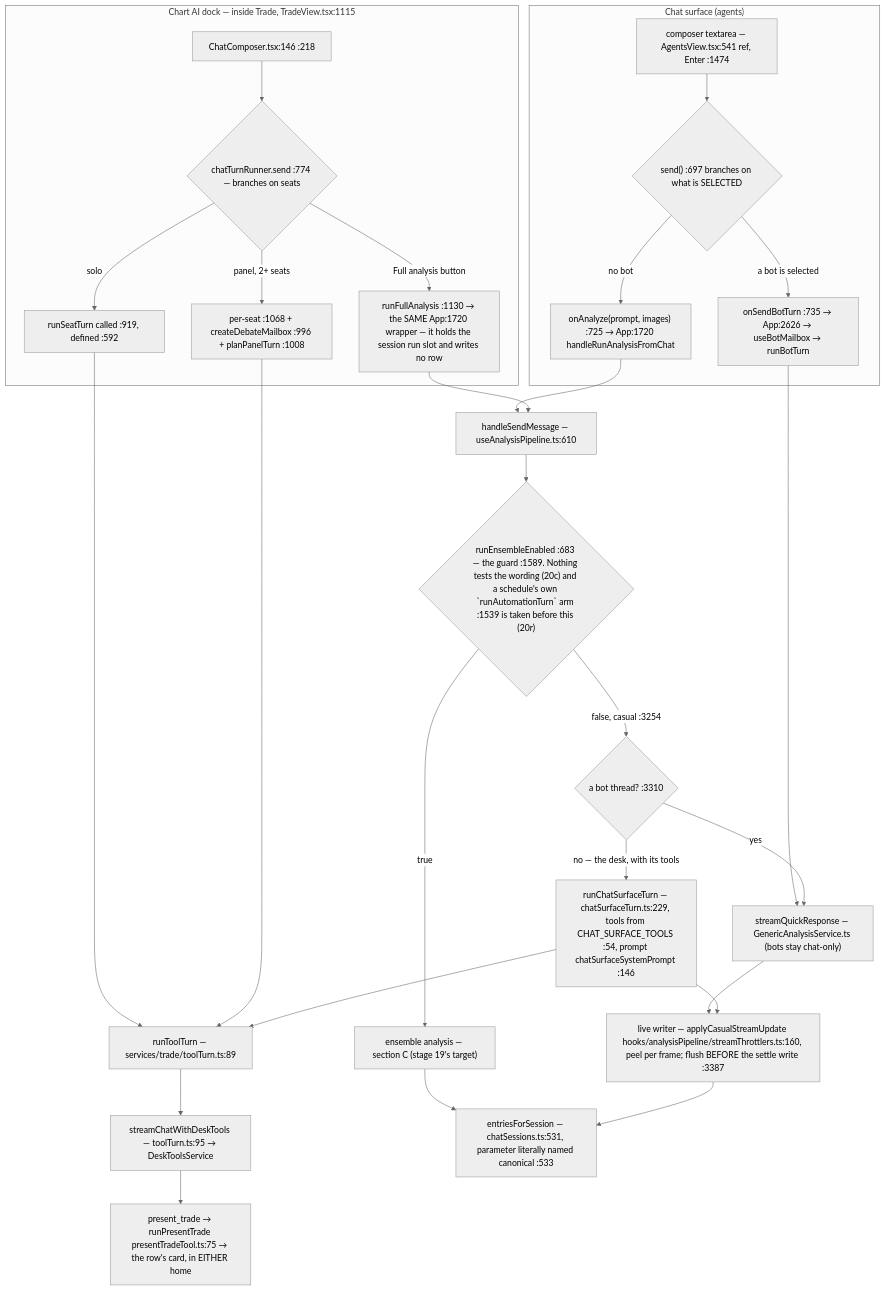
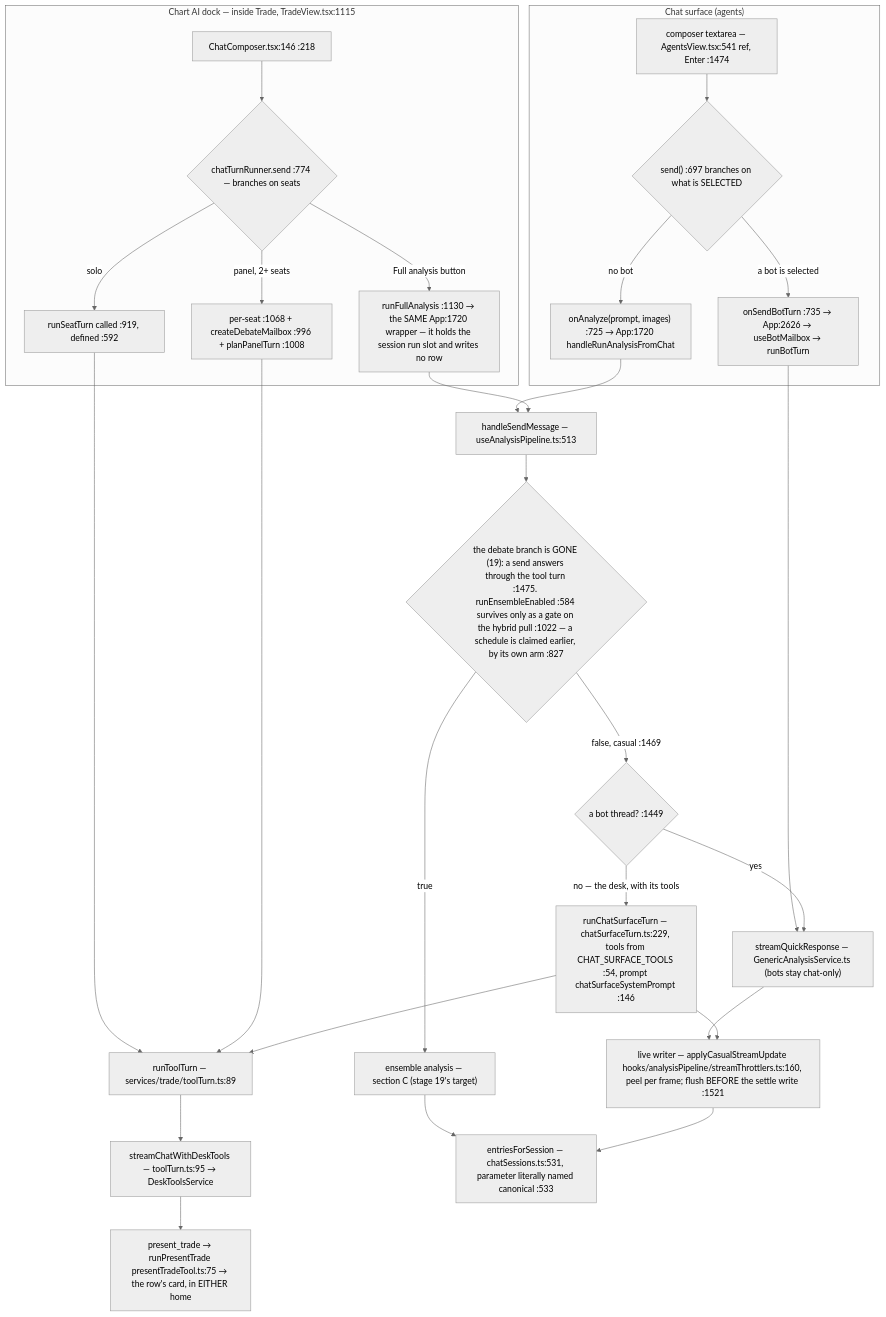
One commit to Acepay25/august-3.5 changed the second of 7 diagrams in docs/app-flow.md. Above: the diagram before and after it, drawn with Mermaid (neutral theme). The commit also changed other lines of this file and 5 other files, not shown here.

First line of the commit message:
refactor(pipeline): stage 19 tranche 1 — the debate branch is out of the send path

````diff
--- a/docs/app-flow.md
+++ b/docs/app-flow.md
@@ -50,31 +50,31 @@
 ```mermaid
 flowchart TD
     subgraph CHAT["Chat surface (agents)"]
         CB["composer textarea — AgentsView.tsx:541 ref, Enter :1474"] --> D1{"send() :697 branches on what is SELECTED"}
         D1 -->|a bot is selected| BOT["onSendBotTurn :735 → App:2626 → useBotMailbox → runBotTurn"]
         D1 -->|no bot| AN["onAnalyze(prompt, images) :725 → App:1720 handleRunAnalysisFromChat"]
     end
     subgraph DOCK["Chart AI dock — inside Trade, TradeView.tsx:1115"]
         DC["ChatComposer.tsx:146 :218"] --> D2{"chatTurnRunner.send :774 — branches on seats"}
         D2 -->|solo| SO["runSeatTurn called :919, defined :592"]
         D2 -->|panel, 2+ seats| PN["per-seat :1068 + createDebateMailbox :996 + planPanelTurn :1008"]
         D2 -->|Full analysis button| FA["runFullAnalysis :1130 → the SAME App:1720 wrapper — it holds the session run slot and writes no row"]
     end
     SO --> TT["runToolTurn — services/trade/toolTurn.ts:89"]
     PN --> TT
     TT --> SCDT["streamChatWithDeskTools — toolTurn.ts:95 → DeskToolsService"]
     BOT --> TR["streamQuickResponse — GenericAnalysisService.ts (bots stay chat-only)"]
-    AN --> HSM["handleSendMessage — useAnalysisPipeline.ts:610"]
+    AN --> HSM["handleSendMessage — useAnalysisPipeline.ts:513"]
     FA --> HSM
-    HSM --> D3{"runEnsembleEnabled :683 — the guard :1589. Nothing tests the wording (20c) and a schedule's own `runAutomationTurn` arm :1539 is taken before this (20r)"}
+    HSM --> D3{"the debate branch is GONE (19): a send answers through the tool turn :1475. runEnsembleEnabled :584 survives only as a gate on the hybrid pull :1022 — a schedule is claimed earlier, by its own arm :827"}
     D3 -->|true| ENS["ensemble analysis — section C (stage 19's target)"]
-    D3 -->|false, casual :3254| SPLIT{"a bot thread? :3310"}
+    D3 -->|false, casual :1469| SPLIT{"a bot thread? :1449"}
     SPLIT -->|yes| TR
     SPLIT -->|no — the desk, with its tools| CST["runChatSurfaceTurn — chatSurfaceTurn.ts:229, tools from CHAT_SURFACE_TOOLS :54, prompt chatSurfaceSystemPrompt :146"]
     CST --> TT
-    TR --> LW["live writer — applyCasualStreamUpdate hooks/analysisPipeline/streamThrottlers.ts:160, peel per frame; flush BEFORE the settle write :3387"]
+    TR --> LW["live writer — applyCasualStreamUpdate hooks/analysisPipeline/streamThrottlers.ts:160, peel per frame; flush BEFORE the settle write :1521"]
     CST --> LW
     ENS --> MERGE
     LW --> MERGE["entriesForSession — chatSessions.ts:531, parameter literally named canonical :533"]
     SCDT --> PT["present_trade → runPresentTrade presentTradeTool.ts:75 → the row's card, in EITHER home"]
 ```
````
